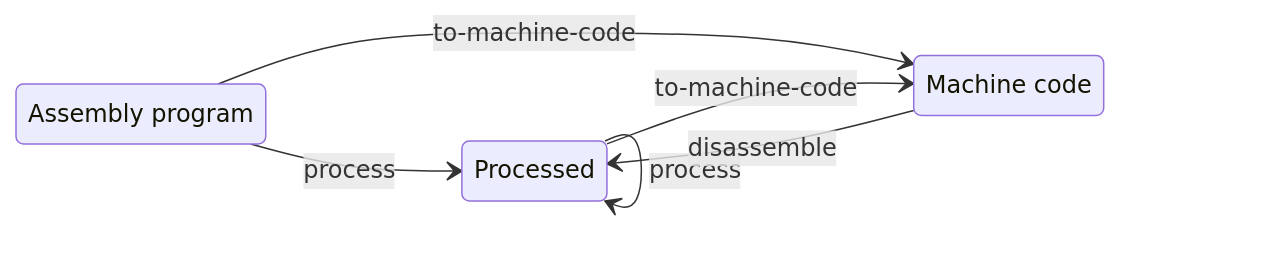
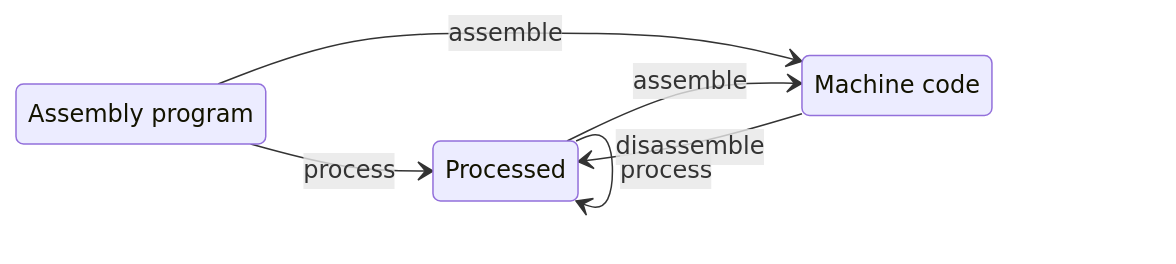
One commit to mbarbin/bopkit changed the diagram in project/visa/doc/assembler.md. Above: the diagram before and after it, drawn with Mermaid. The commit also changed other lines of this file and 6 other files, not shown here.

````diff
--- a/project/visa/doc/assembler.md
+++ b/project/visa/doc/assembler.md
@@ -581,12 +581,12 @@
 ```mermaid
 stateDiagram-v2
   direction LR
   assembly : Assembly program
   processed : Processed
   machine : Machine code
   assembly --> processed: process
   processed --> processed: process
-  assembly --> machine: to-machine-code
-  processed --> machine: to-machine-code
+  assembly --> machine: assemble
+  processed --> machine: assemble
   machine --> processed: disassemble
 ```
````
